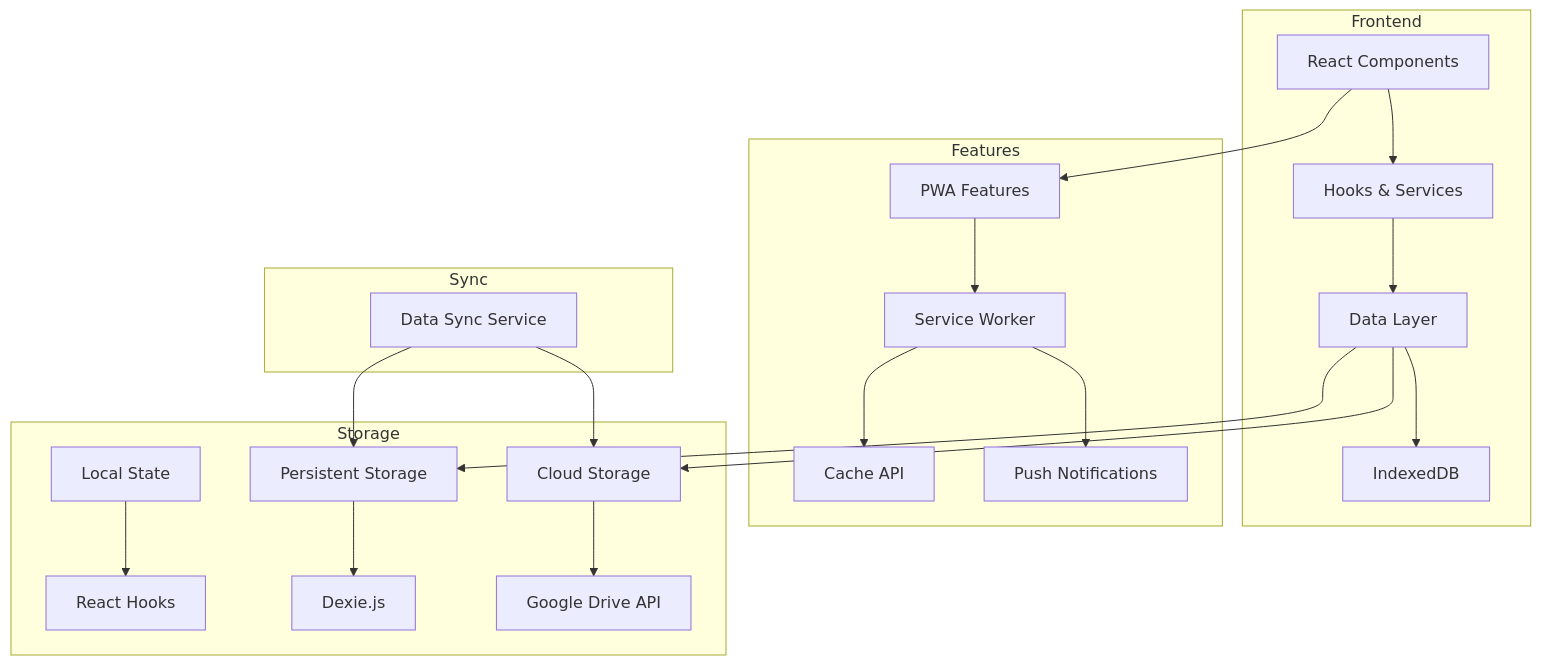
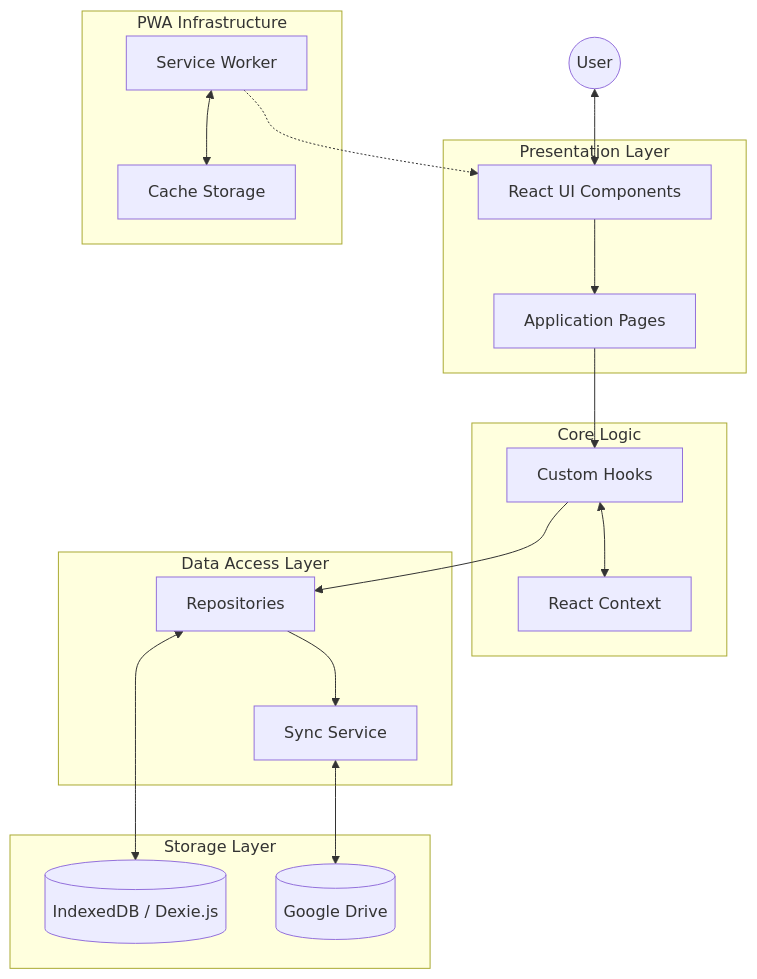
Before and after one commit to swapnil-bhamat/Personal-Finance-PWA: the diagram in README.md, drawn with Mermaid. The commit also changed other lines of this file and 8 other files, not shown here.

````diff
--- a/README.md
+++ b/README.md
@@ -28,29 +18,42 @@
 ```mermaid
 graph TD
-    subgraph Frontend
-        A[React Components] --> B[Hooks & Services]
-        B --> C[Data Layer]
-        C --> D[IndexedDB]
+    User((User))
+
+    subgraph "Presentation Layer"
+        UI[React UI Components]
+        Pages[Application Pages]
     end
 
-    subgraph Features
-        E[PWA Features] --> F[Service Worker]
-        F --> G[Cache API]
-        F --> H[Push Notifications]
+    subgraph "Core Logic"
+        Hooks[Custom Hooks]
+        Context[React Context]
     end
 
-    subgraph Storage
-        I[Local State] --> J[React Hooks]
-        K[Persistent Storage] --> L[Dexie.js]
-        M[Cloud Storage] --> N[Google Drive API]
+    subgraph "Data Access Layer"
+        Repo[Repositories]
+        Sync[Sync Service]
     end
 
-    subgraph Sync
-        O[Data Sync Service] --> K
-        O --> M
+    subgraph "Storage Layer"
+        LocalDB[(IndexedDB / Dexie.js)]
+        CloudDB[(Google Drive)]
     end
 
-    C --> K
-    C --> M
-    A --> E
+    subgraph "PWA Infrastructure"
+        SW[Service Worker]
+        Cache[Cache Storage]
+    end
+
+    User <--> UI
+    UI --> Pages
+    Pages --> Hooks
+    Hooks <--> Context
+    Hooks --> Repo
+
+    Repo <--> LocalDB
+    Repo --> Sync
+    Sync <--> CloudDB
+
+    SW <--> Cache
+    SW -.-> UI
 ```
````
